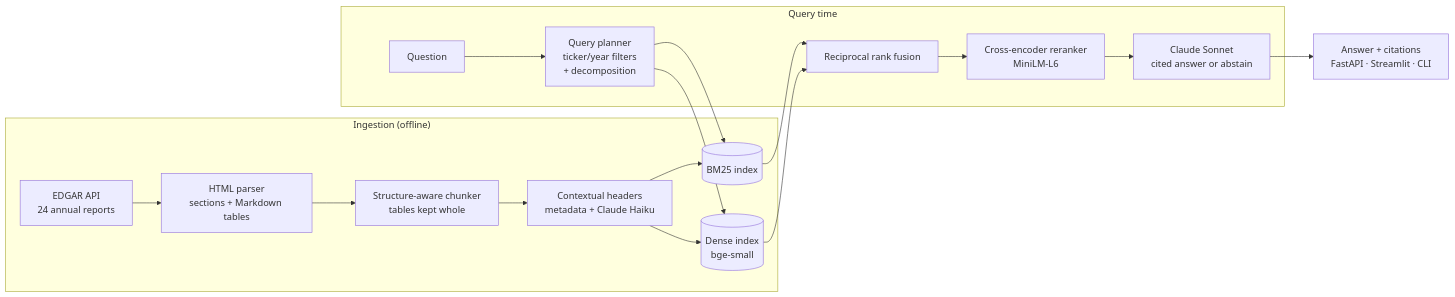
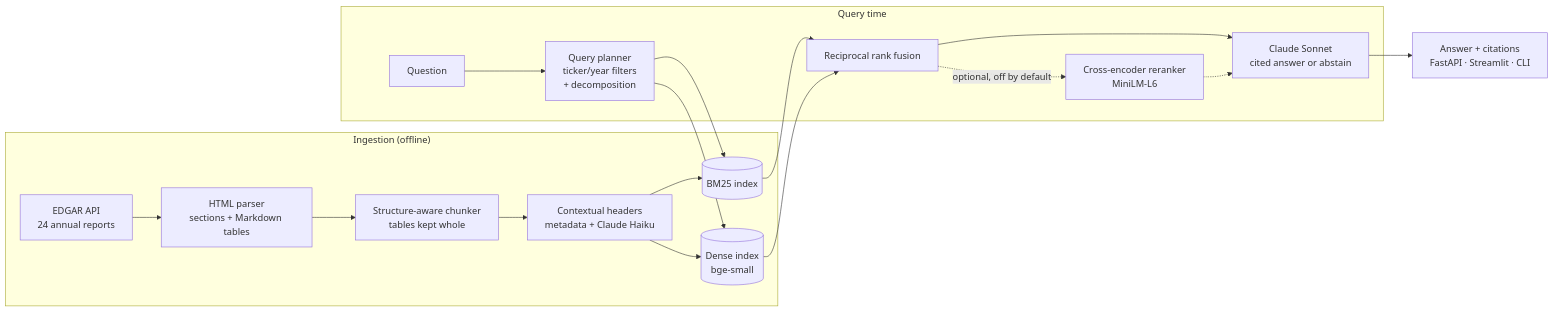
The diagram in README.md (KevinBenass/filings-copilot), drawn with Mermaid before and after one commit. The commit also changed other lines of this file, not shown here.

First line of the commit message:
README: explain the ablation findings, the reranker decision and the judge fix

````diff
--- a/README.md
+++ b/README.md
@@ -38,18 +38,19 @@
 ```mermaid
 flowchart LR
     subgraph Ingest["Ingestion (offline)"]
         A[EDGAR API<br/>24 annual reports] --> B[HTML parser<br/>sections + Markdown tables]
         B --> C[Structure-aware chunker<br/>tables kept whole]
         C --> D[Contextual headers<br/>metadata + Claude Haiku]
         D --> E[(BM25 index)]
         D --> F[(Dense index<br/>bge-small)]
     end
     subgraph Query["Query time"]
         Q[Question] --> P[Query planner<br/>ticker/year filters<br/>+ decomposition]
         P --> E & F
         E & F --> R[Reciprocal rank fusion]
-        R --> X[Cross-encoder reranker<br/>MiniLM-L6]
-        X --> G[Claude Sonnet<br/>cited answer or abstain]
+        R --> G[Claude Sonnet<br/>cited answer or abstain]
+        R -. optional, off by default .-> X[Cross-encoder reranker<br/>MiniLM-L6]
+        X -.-> G
     end
     G --> O[Answer + citations<br/>FastAPI · Streamlit · CLI]
 ```
````
